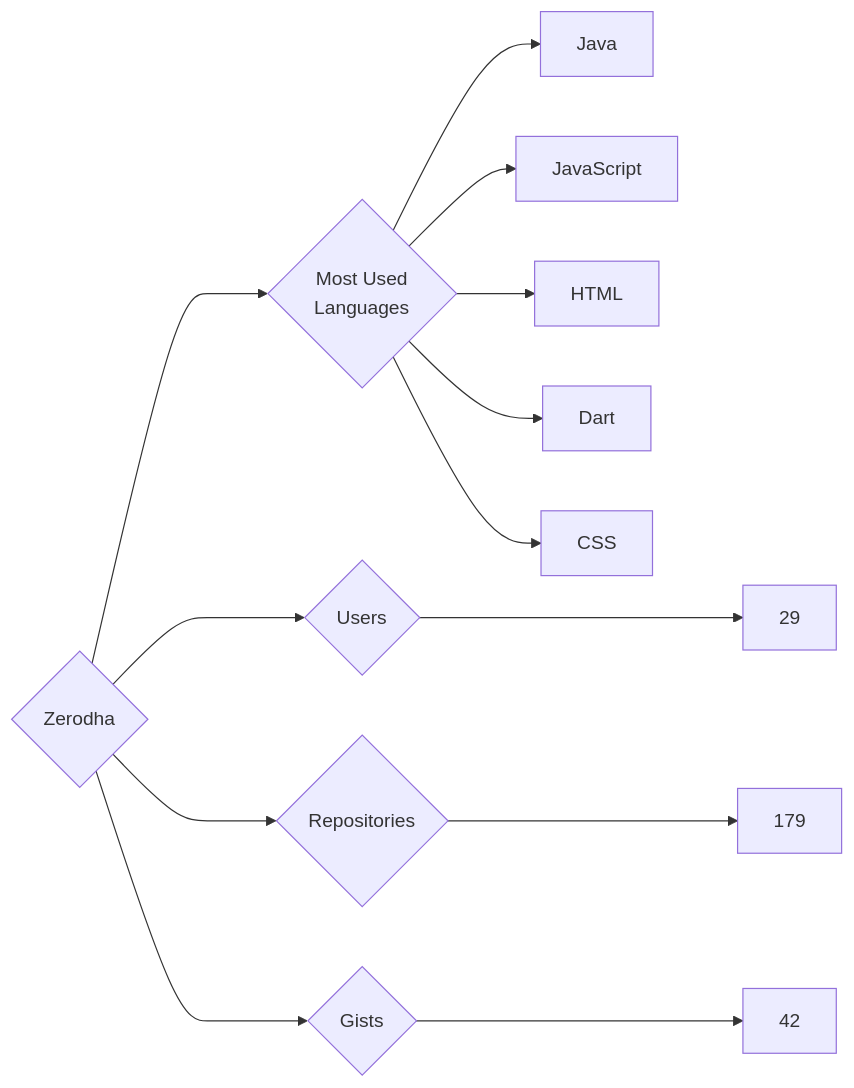
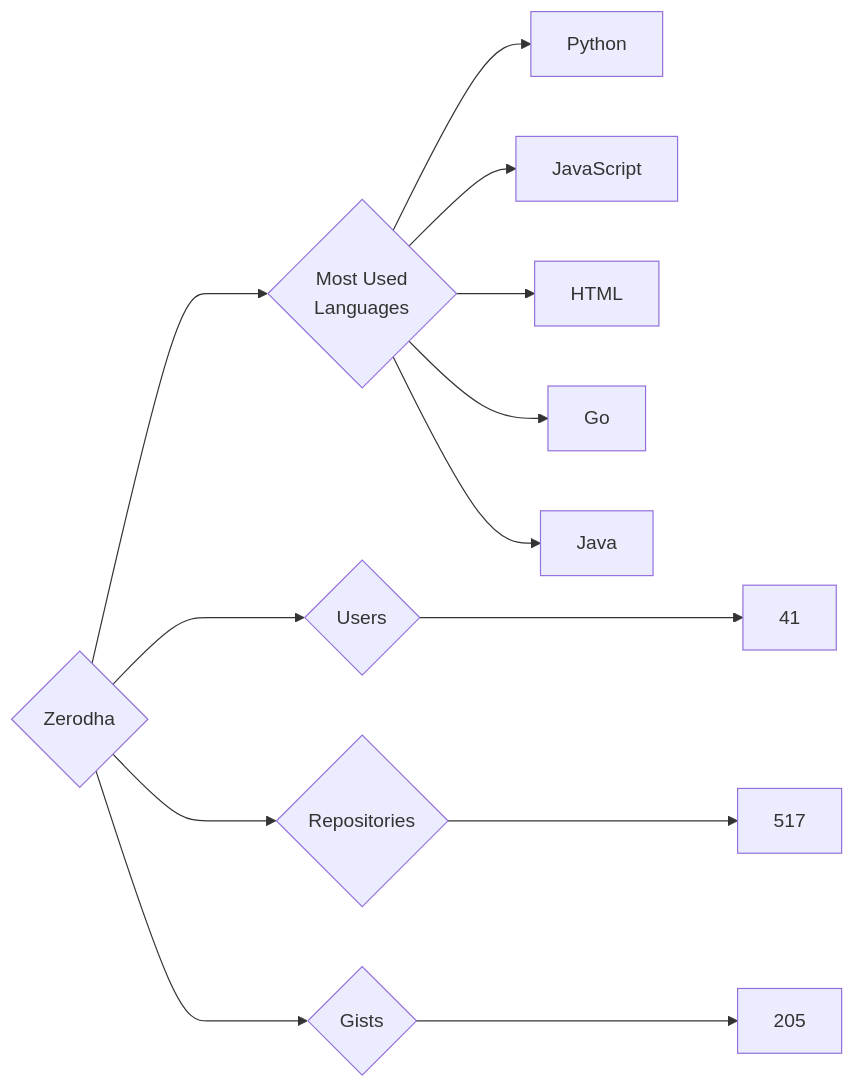
The diagram in targets/Zerodha/README.md (trickest/insiders), drawn with Mermaid before and after one commit. The commit also changed 871 other files, not shown here.

````diff
--- a/targets/Zerodha/README.md
+++ b/targets/Zerodha/README.md
@@ -3,13 +3,13 @@
 ```mermaid
 graph LR
 COMPANY_NAME{Zerodha}
-COMPANY_NAME ---> U{Users} ---> UN[29]
-COMPANY_NAME ---> R{Repositories} ---> RN[179]
-COMPANY_NAME ---> G{Gists} ---> GN[42]
+COMPANY_NAME ---> U{Users} ---> UN[41]
+COMPANY_NAME ---> R{Repositories} ---> RN[517]
+COMPANY_NAME ---> G{Gists} ---> GN[205]
 COMPANY_NAME ---> ML{Most Used<br>Languages}
-ML --> Java[Java]
+ML --> Python[Python]
 ML --> JavaScript[JavaScript]
 ML --> HTML[HTML]
-ML --> Dart[Dart]
-ML --> CSS[CSS]
+ML --> Go[Go]
+ML --> Java[Java]
 ```
````
